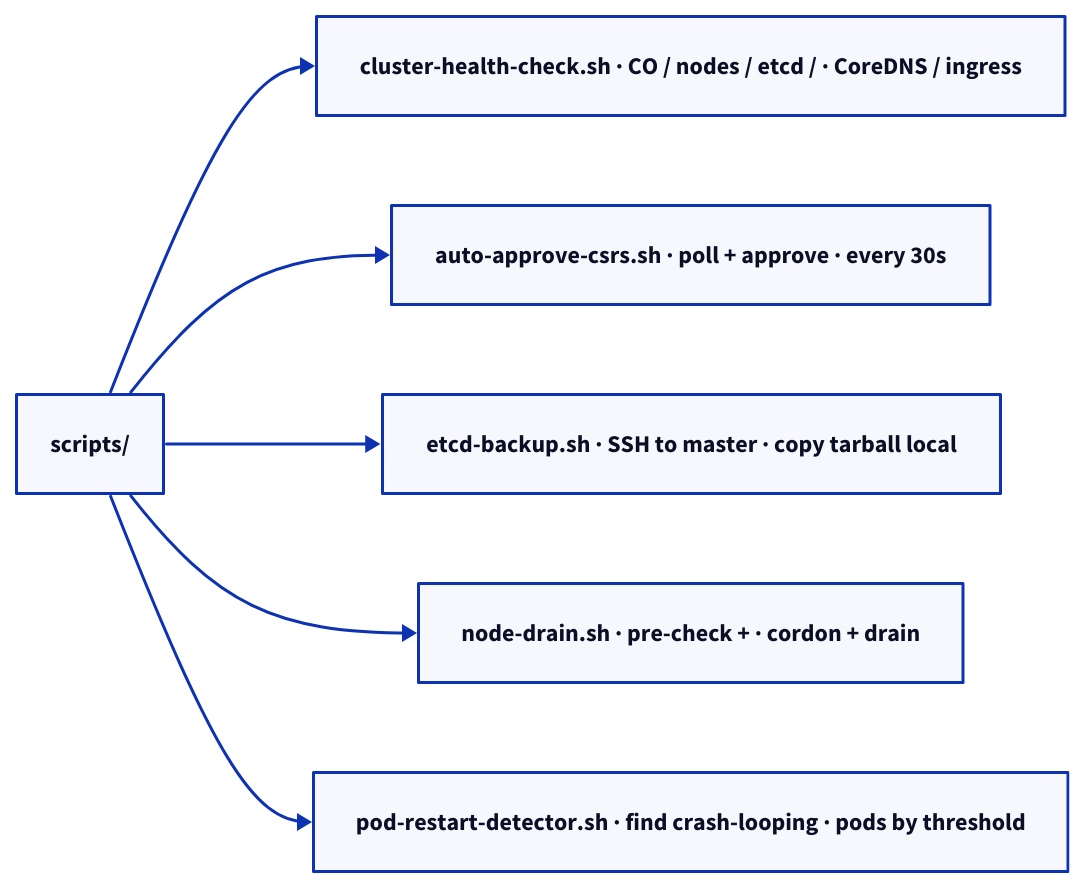
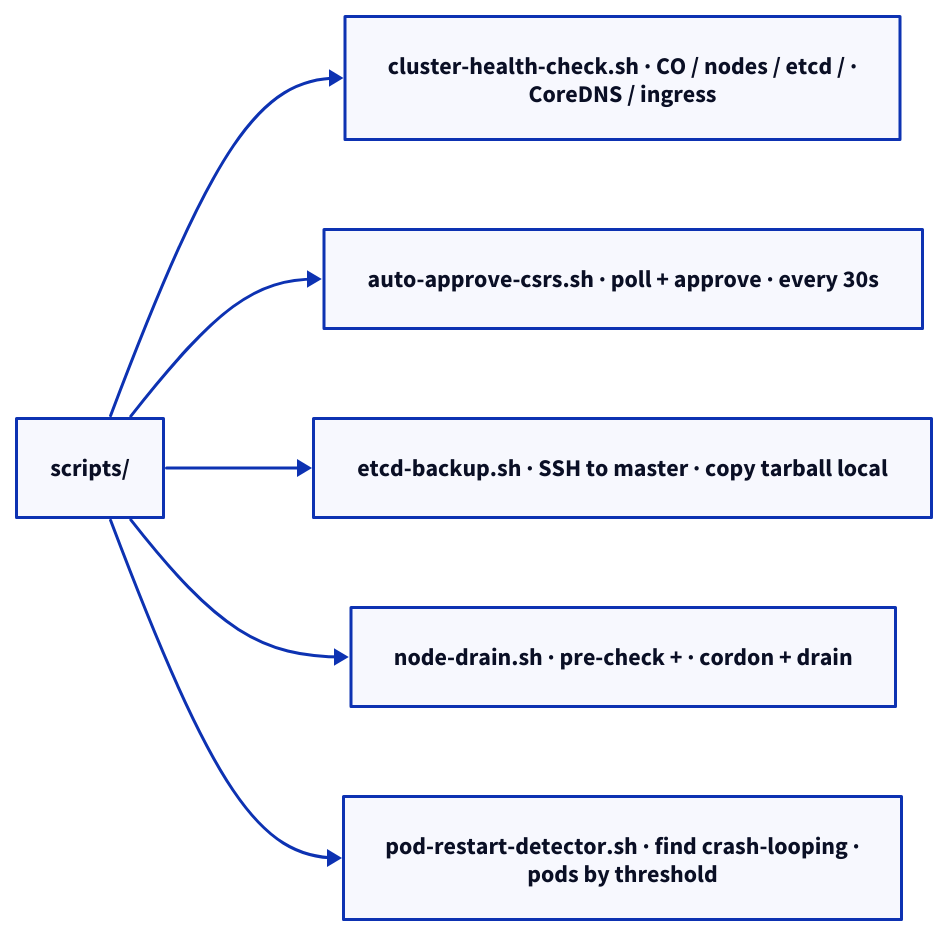
One commit to canast01/chris-kb changed the diagram in docs/virtualization/openshift/operations/scripts/index.md. Above: the diagram before and after it, drawn with D2. The commit also changed 192 other files, not shown here.

````diff
--- a/docs/virtualization/openshift/operations/scripts/index.md
+++ b/docs/virtualization/openshift/operations/scripts/index.md
@@ -13,16 +13,16 @@
 ```d2
 direction: right
 
 S: "scripts/" {shape: rectangle}
-CH: "cluster-health-check.sh · CO / nodes / etcd / · CoreDNS / ingress" {shape: rectangle}
+CH: "cluster-health-check.sh · CO / nodes / etcd / ·\nCoreDNS / ingress" {shape: rectangle}
 AC: "auto-approve-csrs.sh · poll + approve · every 30s" {shape: rectangle}
 EB: "etcd-backup.sh · SSH to master · copy tarball local" {shape: rectangle}
 ND: "node-drain.sh · pre-check + · cordon + drain" {shape: rectangle}
-PR: "pod-restart-detector.sh · find crash-looping · pods by threshold" {shape: rectangle}
+PR: "pod-restart-detector.sh · find crash-looping ·\npods by threshold" {shape: rectangle}
 
 S -> CH
 S -> AC
 S -> EB
 S -> ND
 S -> PR
 ```
````
